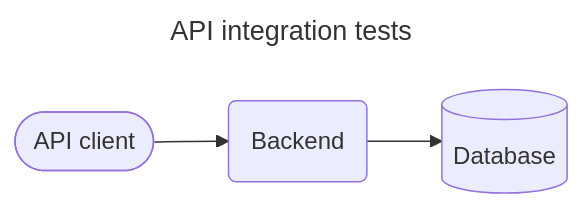
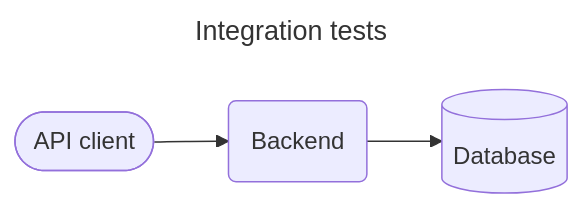
Before and after one commit to kiesraad/abacus: the third of 4 diagrams in documentatie/ontwikkelproces/test-tooling.md, drawn with Mermaid. The commit also changed other lines of this file, not shown here.

Commit message:
adds clarification on backend integration tests

````diff
--- a/documentatie/ontwikkelproces/test-tooling.md
+++ b/documentatie/ontwikkelproces/test-tooling.md
@@ -81,14 +90,14 @@
 ```mermaid
 ---
-title: API integration tests
+title: Integration tests
 ---
 flowchart LR
     be(Backend)
     db[(Database)]
 
     api-client([API client])
 
     api-client --> be
 
     be --> db
 ```
````
